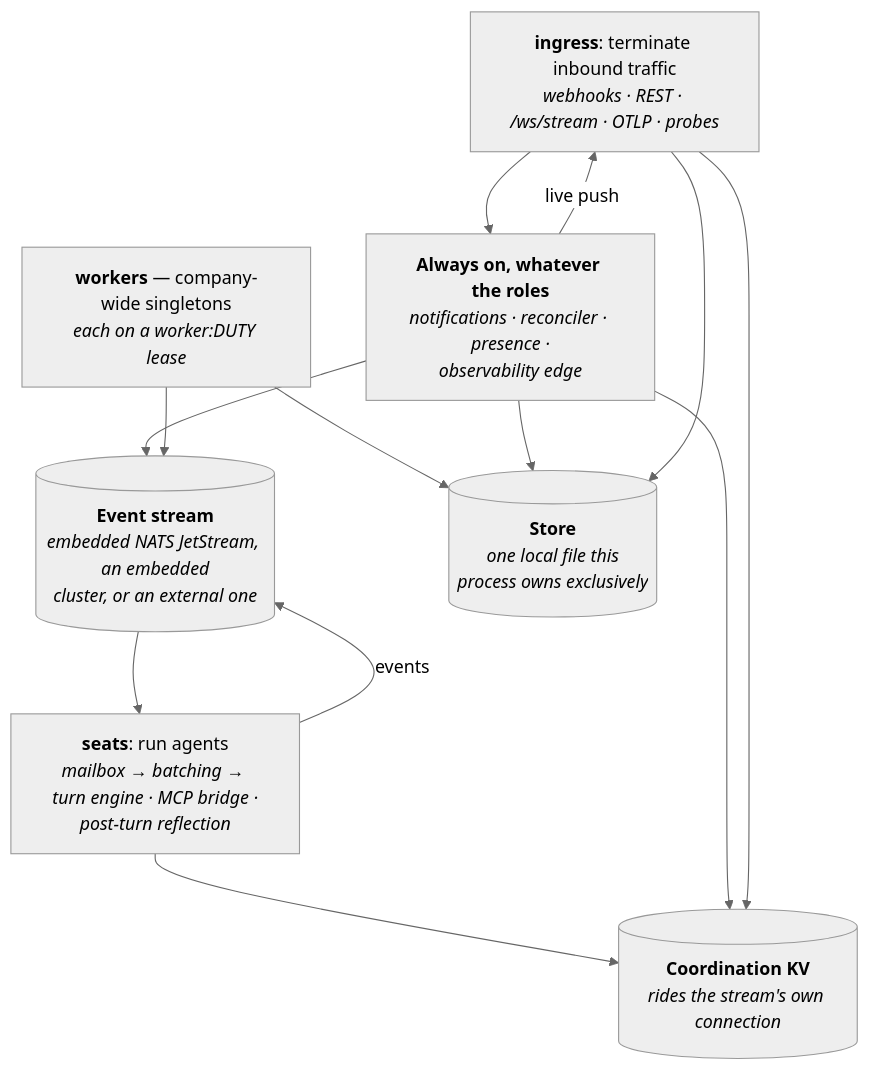
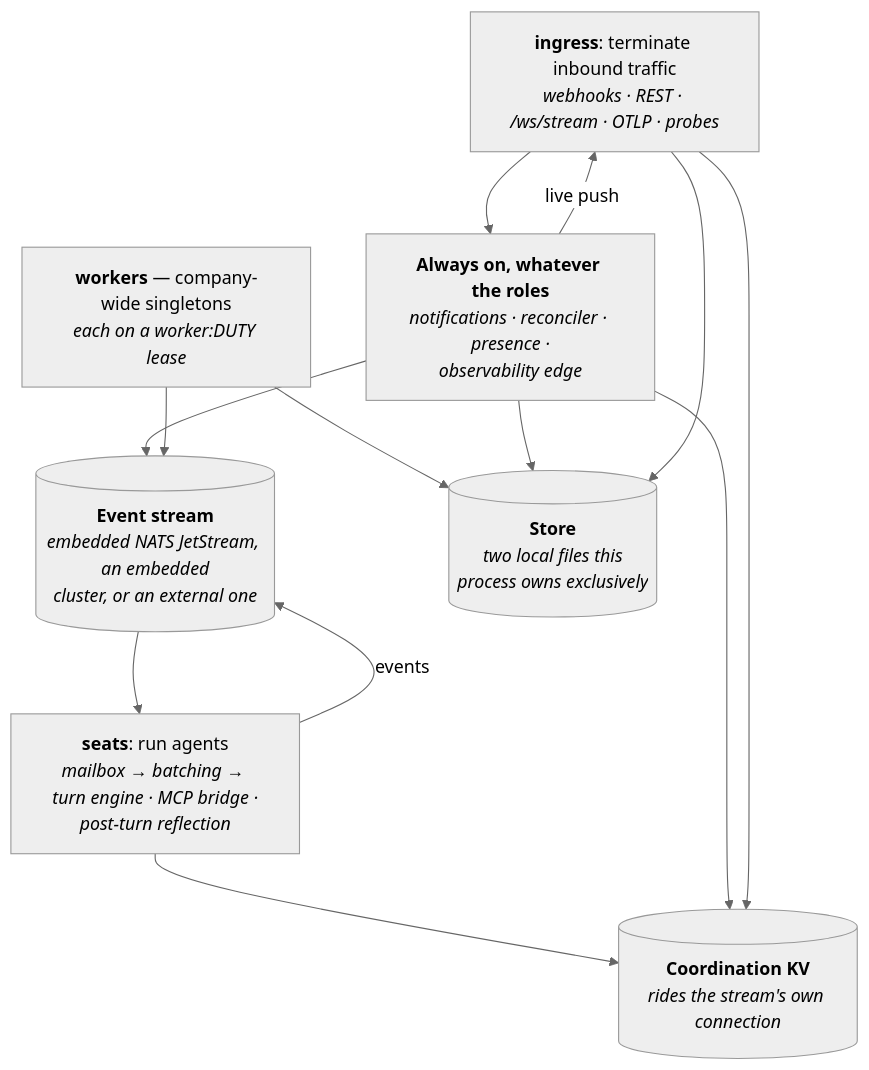
One commit to crewlet/crewlet changed the third of 10 diagrams in docs/concepts/architecture.md. Above: the diagram before and after it, drawn with Mermaid (neutral theme). The commit also changed 2 other files, not shown here.

Commit message:
docs(docs): call the store two local files, as it is
The store is TWO local files. The README's architecture diagram,
architecture.md's node diagram and installation.md's "the engine needs
none" list called it "one local file". Since the replicated estate moved
into a file of its own, one Open brings up two -- the node's own estate
and the replicated estate beside it (store.replicated_path) -- and a
reader sizing a volume or a backup from "one file" counts half of what
is on disk. Each now says two, and installation.md names the second.

````diff
--- a/docs/concepts/architecture.md
+++ b/docs/concepts/architecture.md
@@ -113,21 +113,21 @@
 ```mermaid
 flowchart TB
     ING["<b>ingress</b>: terminate inbound traffic<br/><i>webhooks · REST · /ws/stream · OTLP · probes</i>"]
     ALWAYS["<b>Always on, whatever the roles</b><br/><i>notifications · reconciler · presence ·<br/>observability edge</i>"]
     SEATS["<b>seats</b>: run agents<br/><i>mailbox → batching → turn engine · MCP bridge ·<br/>post-turn reflection</i>"]
     WORK["<b>workers</b> — company-wide singletons<br/><i>each on a worker:DUTY lease</i>"]
     STREAM[("<b>Event stream</b><br/><i>embedded NATS JetStream, an embedded<br/>cluster, or an external one</i>")]
     KV[("<b>Coordination KV</b><br/><i>rides the stream's own connection</i>")]
-    DB[("<b>Store</b><br/><i>one local file this<br/>process owns exclusively</i>")]
+    DB[("<b>Store</b><br/><i>two local files this<br/>process owns exclusively</i>")]
 
     ING --> ALWAYS --> STREAM --> SEATS
     SEATS -->|events| STREAM
     SEATS --> KV
     WORK --> STREAM
     WORK --> DB
     ALWAYS -->|"live push"| ING
     ALWAYS --> KV
     ALWAYS --> DB
     ING --> KV
     ING --> DB
 ```
````
